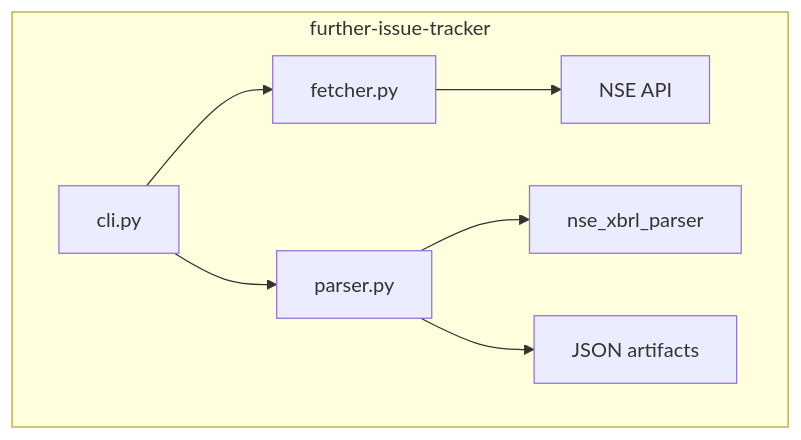
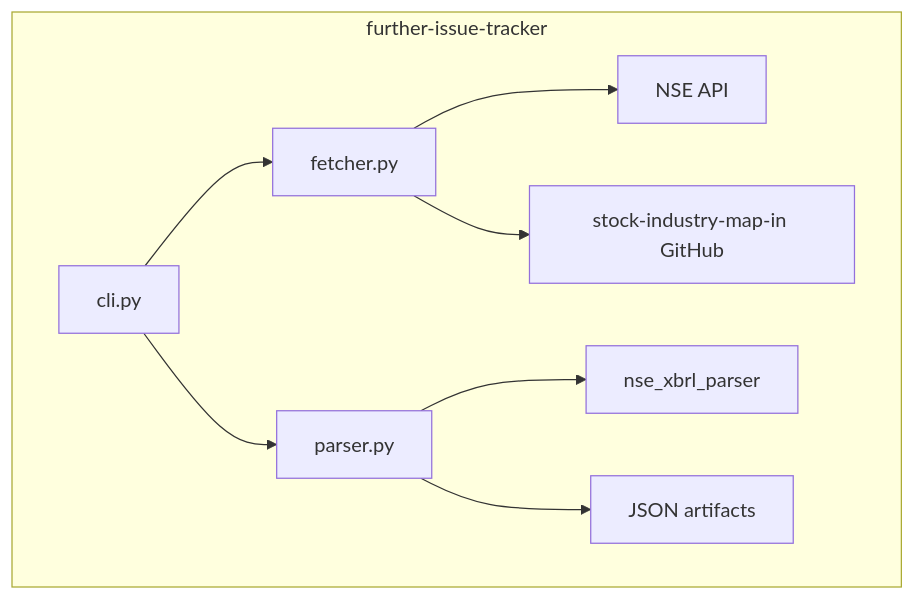
The diagram in .context/ARCHITECTURE.md (eggmasonvalue/nse-corporate-data), drawn with Mermaid before and after one commit. The commit also changed 9 other files, not shown here.

````diff
--- a/.context/ARCHITECTURE.md
+++ b/.context/ARCHITECTURE.md
@@ -3,14 +3,15 @@
 ```mermaid
 graph TD
     subgraph further-issue-tracker
         cli[cli.py]
         fetcher[fetcher.py]
         parser[parser.py]
         
         cli --> fetcher
         cli --> parser
         fetcher --> nse[NSE API]
+        fetcher --> industry[stock-industry-map-in GitHub]
         parser --> nsexbrl[nse_xbrl_parser]
         parser --> json[JSON artifacts]
     end
 ```
````
